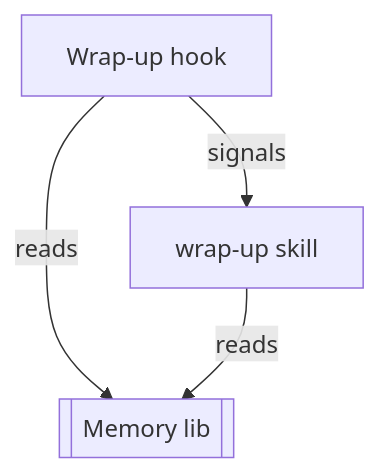
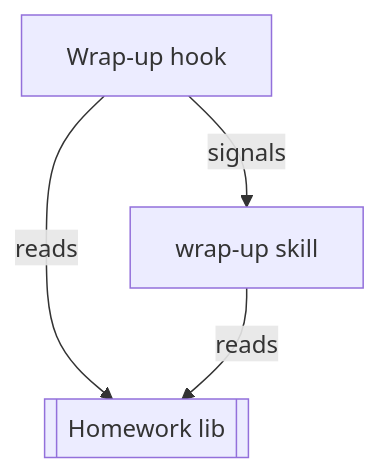
Before and after one commit to kalaluthien/mumu-claude-plugin: the third of 3 diagrams in README.md, drawn with Mermaid. The commit also changed other lines of this file, not shown here.

First line of the commit message:
Fix the diagram edges the judge found (#805)

````diff
--- a/README.md
+++ b/README.md
@@ -110,9 +111,9 @@
 ```mermaid
 flowchart TB
   n_hook["Wrap-up hook"]
   n_skill["wrap-up skill"]
-  n_lib[["Memory lib"]]
+  n_lib[["Homework lib"]]
   n_hook -->|"reads"| n_lib
   n_hook -->|"signals"| n_skill
   n_skill -->|"reads"| n_lib
 ```
````
